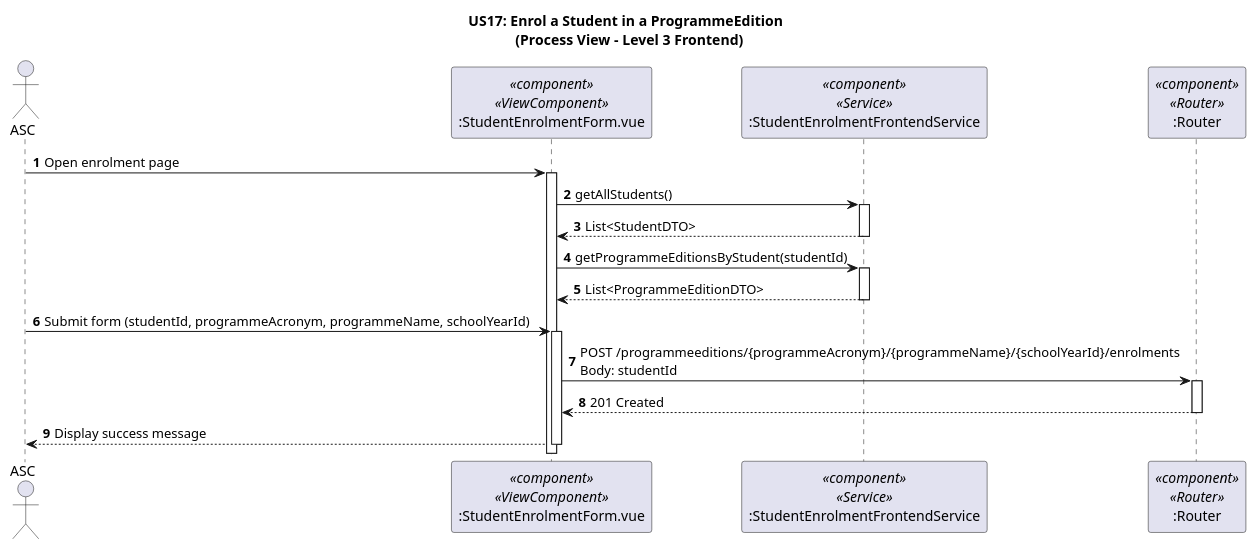
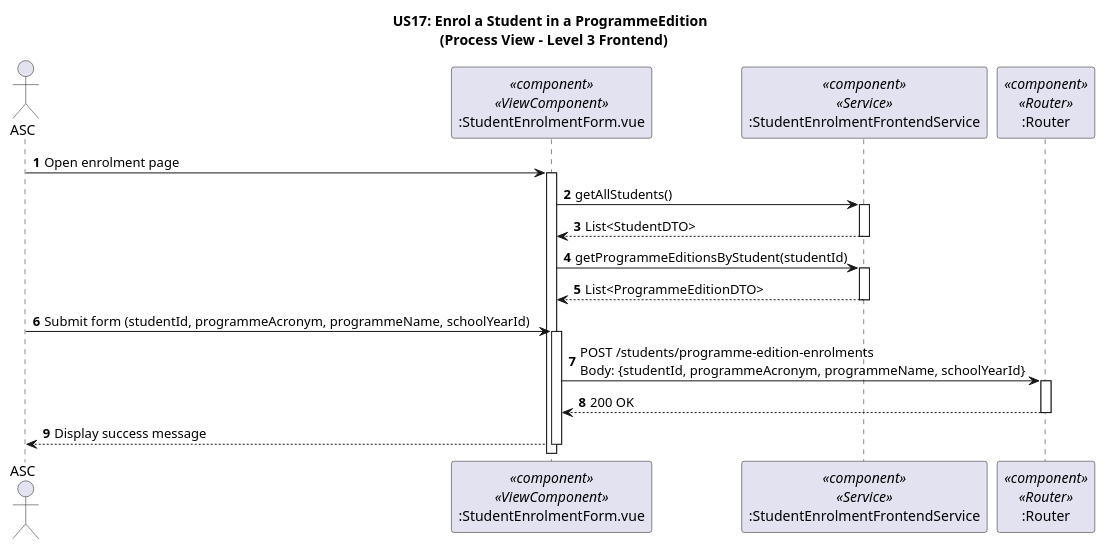
Before and after one commit to GasparISEP/DevOps-PAI: the diagram in docs/US17/Sprint_6_RestAPI/ProcessView/US17_RestAPI_ProcessView_Level3_Frontend.puml, drawn with PlantUML.

Commit message:
#500 #587 Update US17_RestAPI_ProcessView_Level3_Frontend.puml

```diff
--- a/docs/US17/Sprint_6_RestAPI/ProcessView/US17_RestAPI_ProcessView_Level3_Frontend.puml
+++ b/docs/US17/Sprint_6_RestAPI/ProcessView/US17_RestAPI_ProcessView_Level3_Frontend.puml
@@ -1,29 +1,34 @@
 @startuml
 
 ' US17 - Frontend Granular Flow
 ' Process View - Level 3 Frontend
 
 autonumber
 
 title US17: Enrol a Student in a ProgrammeEdition \n (Process View - Level 3 Frontend)
 
 actor ASC
 participant ":StudentEnrolmentForm.vue" as form <<component>> <<ViewComponent>>
 participant ":StudentEnrolmentFrontendService" as frontendService <<component>> <<Service>>
 participant ":Router" as router <<component>> <<Router>>
 
+' Abertura da página
 ASC -> form ++: Open enrolment page
 
+' Obter estudantes disponíveis
 form -> frontendService ++: getAllStudents()
 frontendService --> form --: List<StudentDTO>
 
+' Obter edições disponíveis
 form -> frontendService ++: getProgrammeEditionsByStudent(studentId)
 frontendService --> form --: List<ProgrammeEditionDTO>
 
+' Submissão do formulário
 ASC -> form ++: Submit form (studentId, programmeAcronym, programmeName, schoolYearId)
-form -> router ++: POST /programmeeditions/{programmeAcronym}/{programmeName}/{schoolYearId}/enrolments\nBody: studentId
 
-router --> form --: 201 Created
+form -> router ++: POST /students/programme-edition-enrolments\nBody: {studentId, programmeAcronym, programmeName, schoolYearId}
+
+router --> form --: 200 OK
 form --> ASC --: Display success message
 
 @enduml
```
